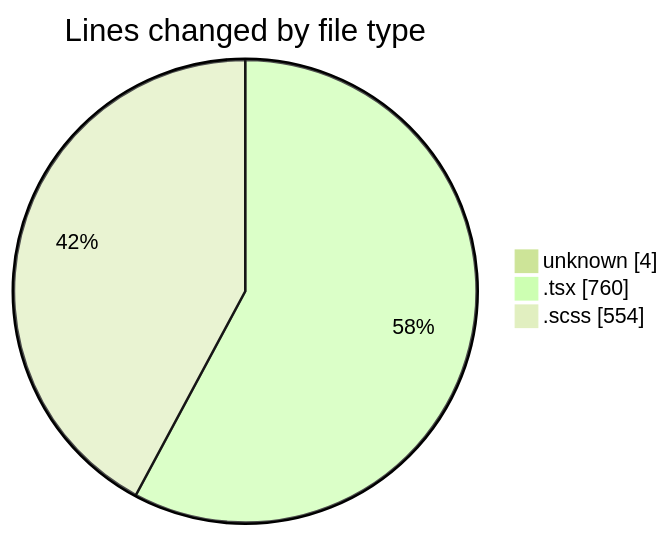
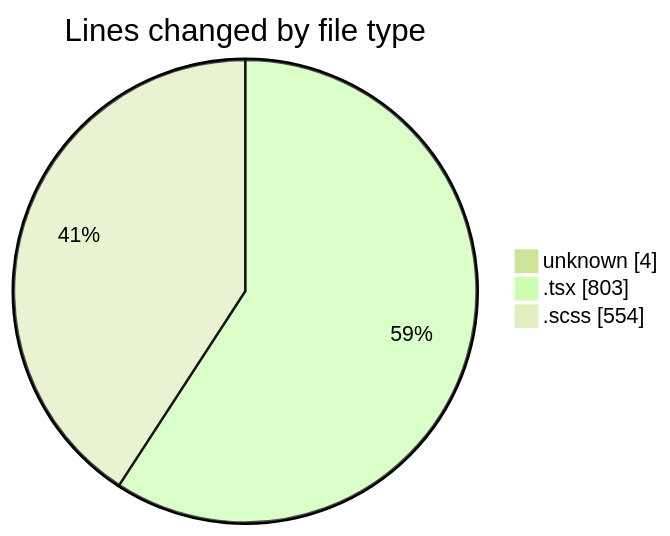
Before and after one commit to momahboobian/code-tracking: the first of 2 diagrams in 2025-02-14/cda/README.md, drawn with Mermaid (forest theme). The commit also changed other lines of this file and 1 other file, not shown here.

````diff
--- a/2025-02-14/cda/README.md
+++ b/2025-02-14/cda/README.md
@@ -27,7 +27,7 @@
 ```mermaid
 pie showData
 title Lines changed by file type
 "unknown" : 4
-".tsx" : 760
+".tsx" : 803
 ".scss" : 554
 ```
````
